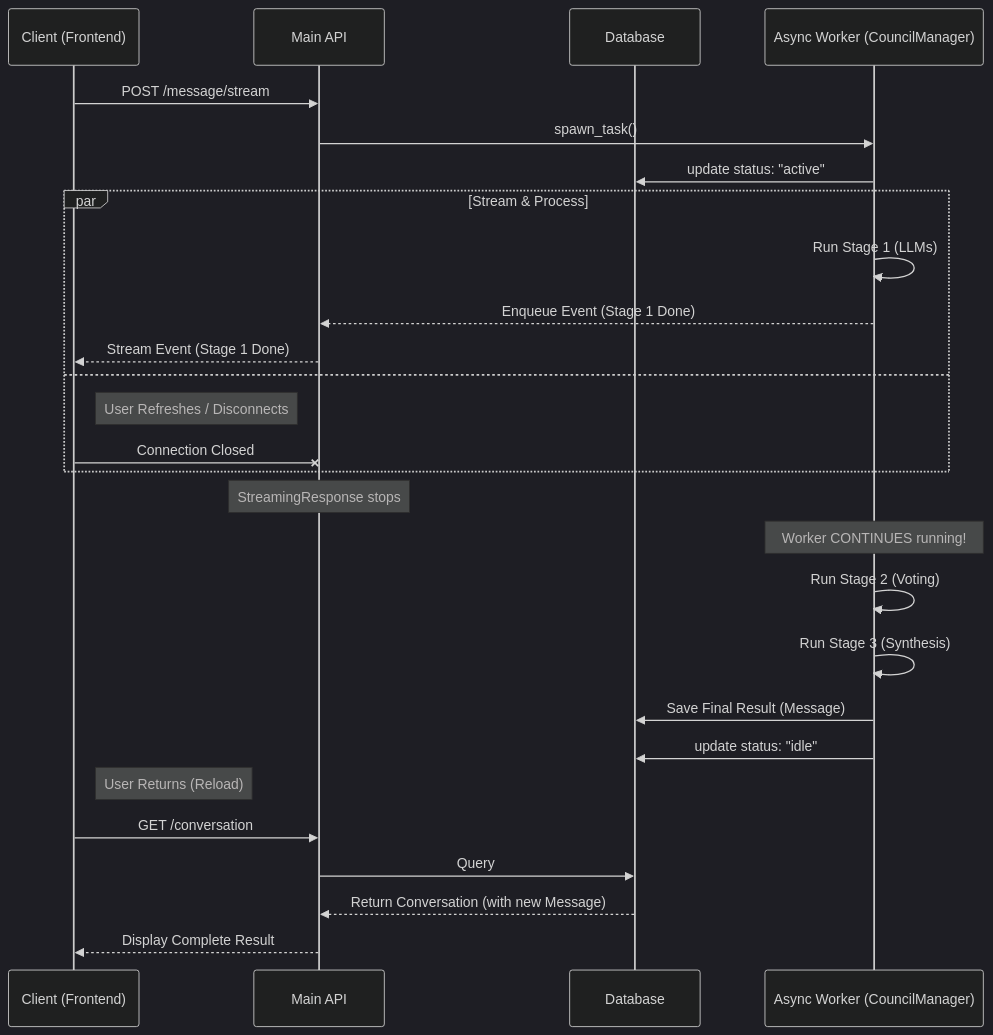
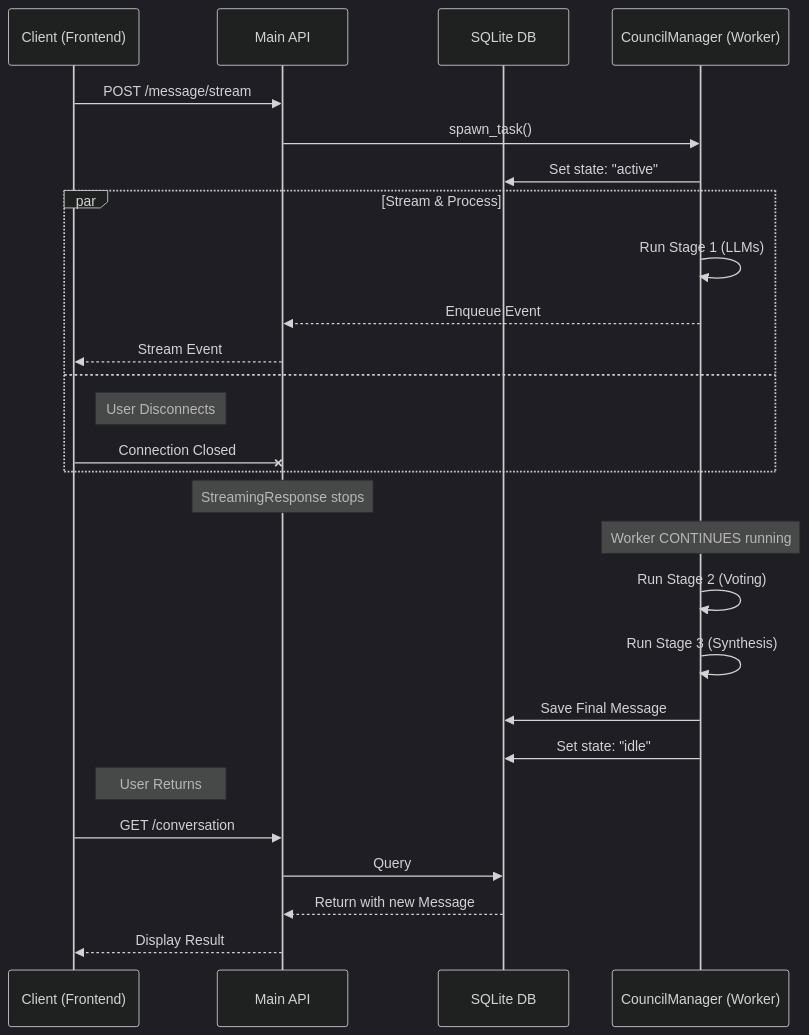
One commit to johanhellman/accordant changed the diagram in docs/architecture/async_flow.md. Above: the diagram before and after it, drawn with Mermaid (dark theme). The commit also changed other lines of this file, not shown here.

Commit message:
docs: simplify async_flow.md architecture documentation

````diff
--- a/docs/architecture/async_flow.md
+++ b/docs/architecture/async_flow.md
@@ -57,35 +24,35 @@
 ```mermaid
 sequenceDiagram
     participant C as Client (Frontend)
     participant API as Main API
-    participant DB as Database
-    participant W as Async Worker (CouncilManager)
+    participant DB as SQLite DB
+    participant W as CouncilManager (Worker)
 
     C->>API: POST /message/stream
     API->>W: spawn_task()
-    W->>DB: update status: "active"
+    W->>DB: Set state: "active"
     
     par Stream & Process
         W->>W: Run Stage 1 (LLMs)
-        W-->>API: Enqueue Event (Stage 1 Done)
-        API-->>C: Stream Event (Stage 1 Done)
+        W-->>API: Enqueue Event
+        API-->>C: Stream Event
     and
-        Note right of C: User Refreshes / Disconnects
+        Note right of C: User Disconnects
         C-xAPI: Connection Closed
     end
     
     Note over API: StreamingResponse stops
-    Note over W: Worker CONTINUES running!
+    Note over W: Worker CONTINUES running
     
     W->>W: Run Stage 2 (Voting)
     W->>W: Run Stage 3 (Synthesis)
     
-    W->>DB: Save Final Result (Message)
-    W->>DB: update status: "idle"
+    W->>DB: Save Final Message
+    W->>DB: Set state: "idle"
     
-    Note right of C: User Returns (Reload)
+    Note right of C: User Returns
     C->>API: GET /conversation
     API->>DB: Query
-    DB-->>API: Return Conversation (with new Message)
-    API-->>C: Display Complete Result
+    DB-->>API: Return with new Message
+    API-->>C: Display Result
 ```
````
